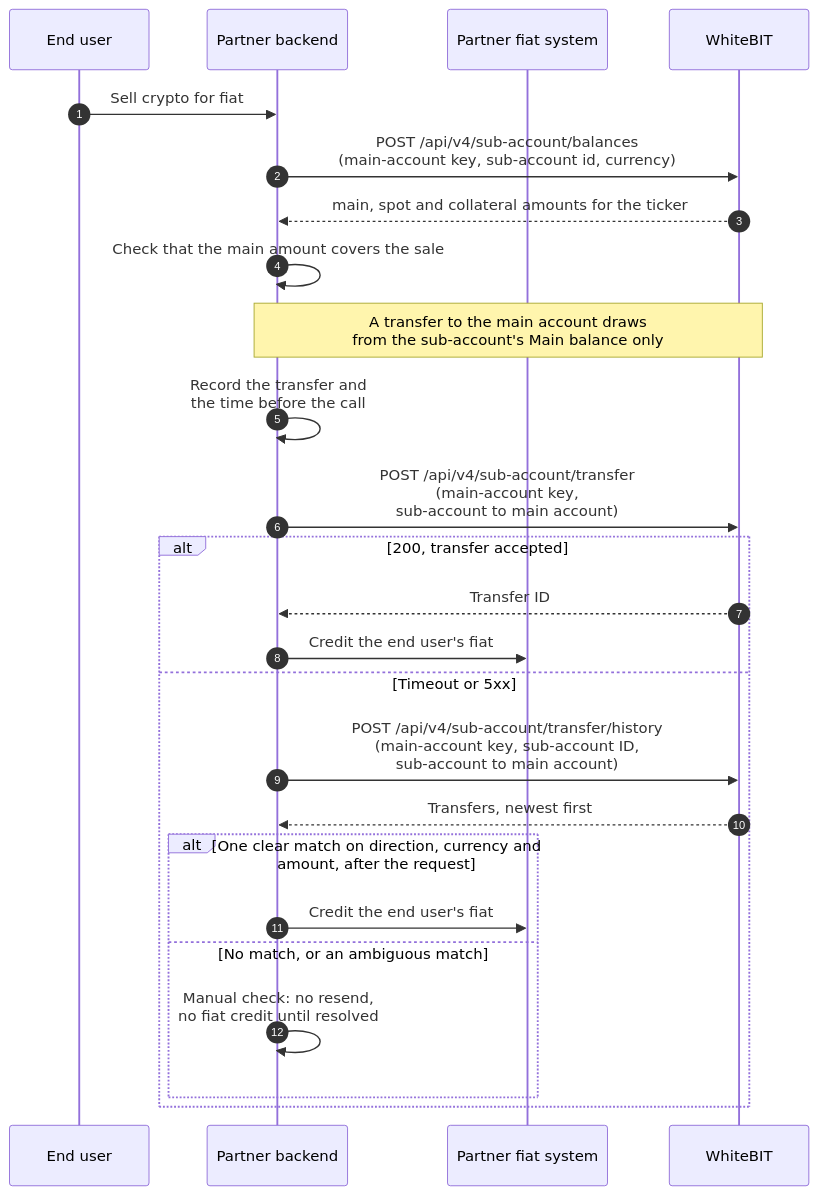
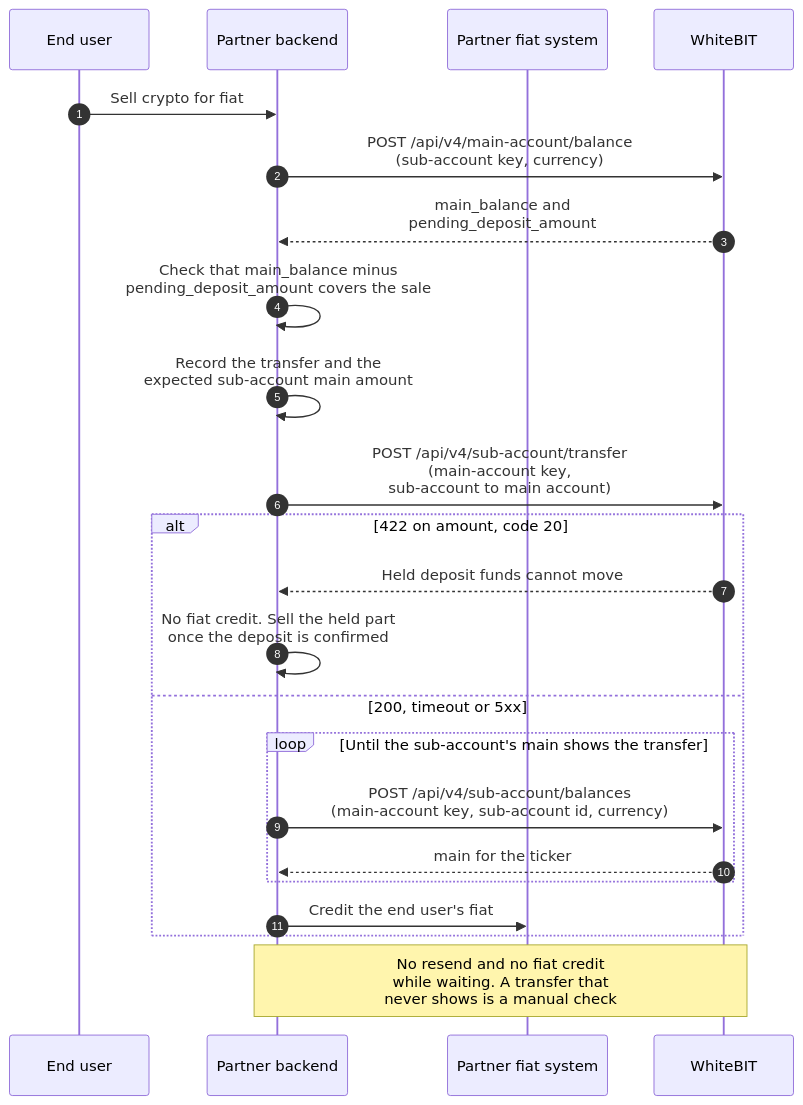
Before and after one commit to whitebit-exchange/docs: the fourth of 5 diagrams in guides/waas-integration.mdx, drawn with Mermaid. The commit also changed other lines of this file and 17 other files, not shown here.

First line of the commit message:
docs(api): confirm transfers on the balance

````diff
--- a/guides/waas-integration.mdx
+++ b/guides/waas-integration.mdx
@@ -223,28 +227,26 @@
 ```mermaid
 sequenceDiagram
     autonumber
     participant U as End user
     participant P as Partner backend
     participant F as Partner fiat system
     participant W as WhiteBIT
 
     U->>P: Sell crypto for fiat
-    P->>W: POST /api/v4/sub-account/balances<br/>(main-account key, sub-account id, currency)
-    W-->>P: main, spot and collateral amounts for the ticker
-    P->>P: Check that the main amount covers the sale
-    Note over P,W: A transfer to the main account draws<br/>from the sub-account's Main balance only
-    P->>P: Record the transfer and<br/>the time before the call
+    P->>W: POST /api/v4/main-account/balance<br/>(sub-account key, currency)
+    W-->>P: main_balance and<br/>pending_deposit_amount
+    P->>P: Check that main_balance minus<br/>pending_deposit_amount covers the sale
+    P->>P: Record the transfer and the<br/>expected sub-account main amount
     P->>W: POST /api/v4/sub-account/transfer<br/>(main-account key,<br/>sub-account to main account)
-    alt 200, transfer accepted
-        W-->>P: Transfer ID
+    alt 422 on amount, code 20
+        W-->>P: Held deposit funds cannot move
+        P->>P: No fiat credit. Sell the held part<br/>once the deposit is confirmed
+    else 200, timeout or 5xx
+        loop Until the sub-account's main shows the transfer
+            P->>W: POST /api/v4/sub-account/balances<br/>(main-account key, sub-account id, currency)
+            W-->>P: main for the ticker
+        end
         P->>F: Credit the end user's fiat
-    else Timeout or 5xx
-        P->>W: POST /api/v4/sub-account/transfer/history<br/>(main-account key, sub-account ID,<br/>sub-account to main account)
-        W-->>P: Transfers, newest first
-        alt One clear match on direction, currency and amount, after the request
-            P->>F: Credit the end user's fiat
-        else No match, or an ambiguous match
-            P->>P: Manual check: no resend,<br/>no fiat credit until resolved
-        end
     end
+    Note over P,W: No resend and no fiat credit<br/>while waiting. A transfer that<br/>never shows is a manual check
 ```
````
